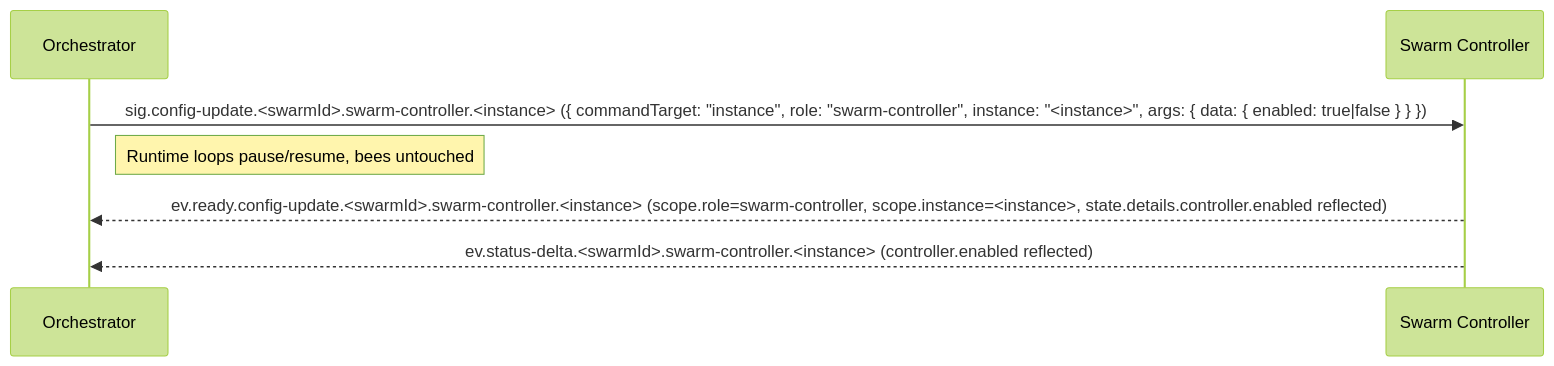
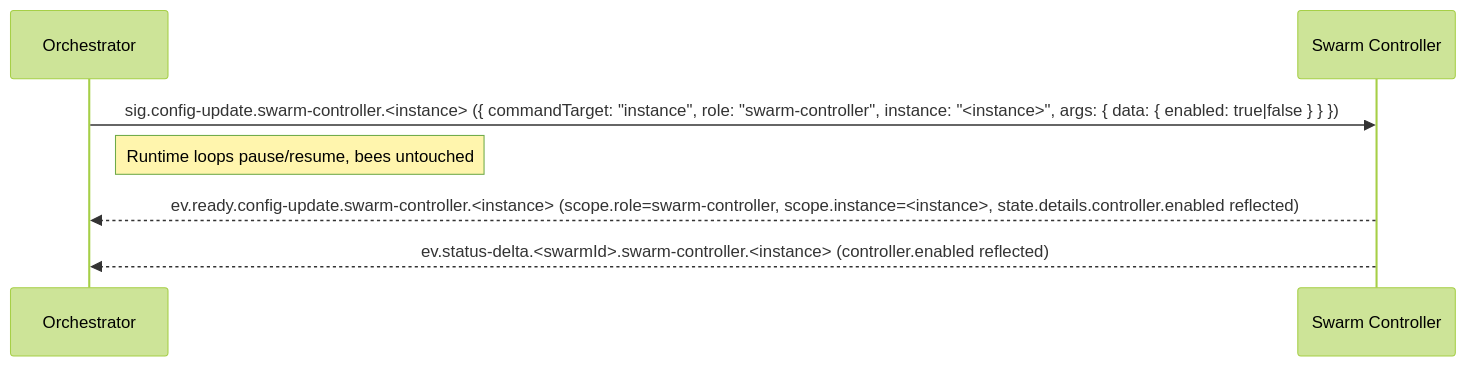
Before and after one commit to sepa79/PocketHive: the fifth of 8 diagrams in docs/ARCHITECTURE.md, drawn with Mermaid (forest theme). The commit also changed other lines of this file, not shown here.

Commit message:
docs: align architecture with control-plane contract

````diff
--- a/docs/ARCHITECTURE.md
+++ b/docs/ARCHITECTURE.md
@@ -213,10 +214,10 @@
 ```mermaid
 sequenceDiagram
   participant QN as Orchestrator
   participant MSH as Swarm Controller
 
-  QN->>MSH: sig.config-update.<swarmId>.swarm-controller.<instance> ({ commandTarget: "instance", role: "swarm-controller", instance: "<instance>", args: { data: { enabled: true|false } } })
+  QN->>MSH: sig.config-update.swarm-controller.<instance> ({ commandTarget: "instance", role: "swarm-controller", instance: "<instance>", args: { data: { enabled: true|false } } })
   note right of QN: Runtime loops pause/resume, bees untouched
-  MSH-->>QN: ev.ready.config-update.<swarmId>.swarm-controller.<instance> (scope.role=swarm-controller, scope.instance=<instance>, state.details.controller.enabled reflected)
+  MSH-->>QN: ev.ready.config-update.swarm-controller.<instance> (scope.role=swarm-controller, scope.instance=<instance>, state.details.controller.enabled reflected)
   MSH-->>QN: ev.status-delta.<swarmId>.swarm-controller.<instance> (controller.enabled reflected)
 ```
````
